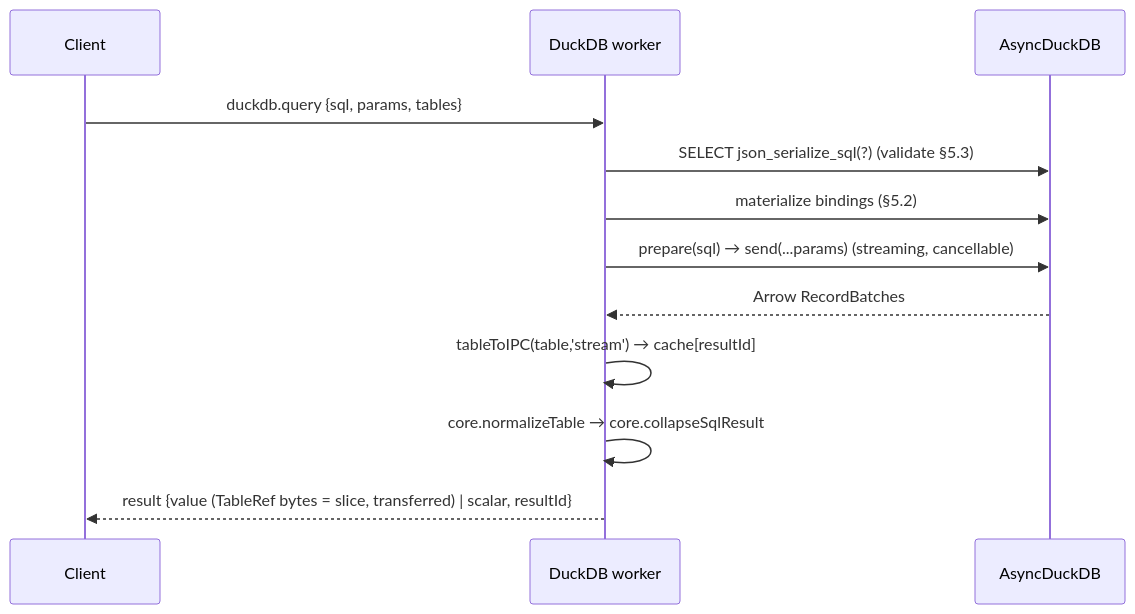
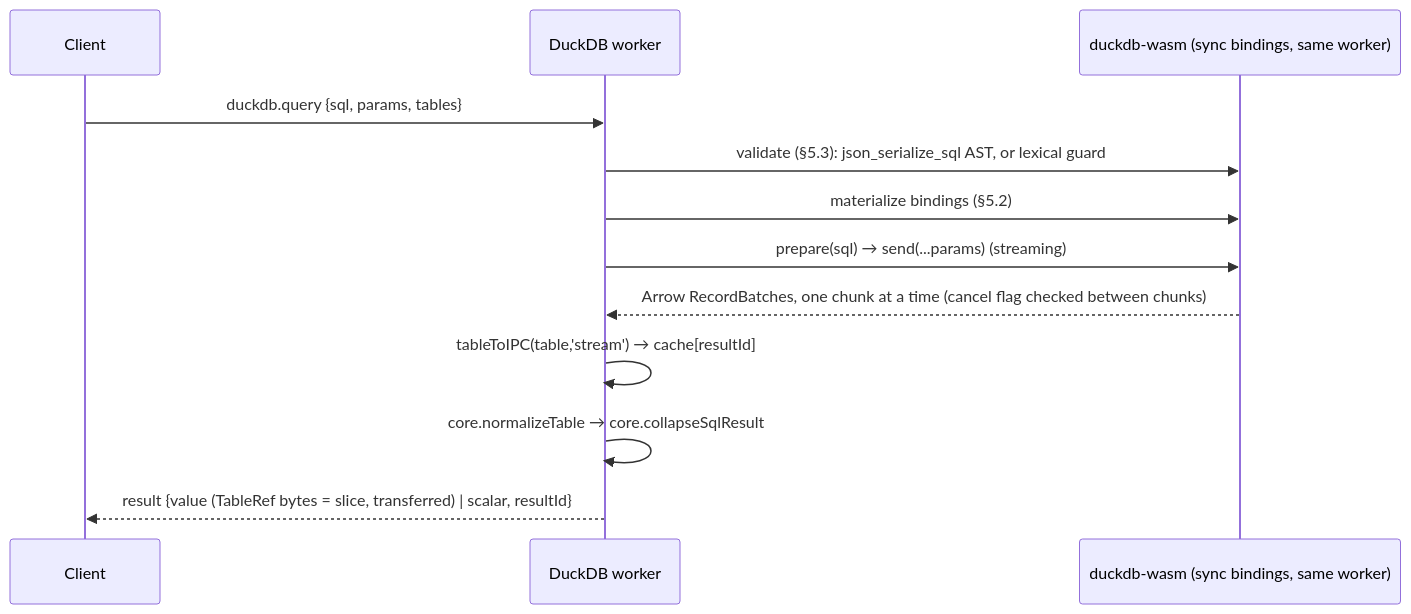
The third of 6 diagrams in .kiro/specs/02-wasm-worker-bridge/design.md (g4stein/SUTURE), drawn with Mermaid before and after one commit. The commit also changed other lines of this file and 17 other files, not shown here.

````diff
--- a/.kiro/specs/02-wasm-worker-bridge/design.md
+++ b/.kiro/specs/02-wasm-worker-bridge/design.md
@@ -314,14 +321,14 @@
 ```mermaid
 sequenceDiagram
   participant C as Client
   participant D as DuckDB worker
-  participant A as AsyncDuckDB
+  participant A as duckdb-wasm (sync bindings, same worker)
   C->>D: duckdb.query {sql, params, tables}
-  D->>A: SELECT json_serialize_sql(?) (validate §5.3)
+  D->>A: validate (§5.3): json_serialize_sql AST, or lexical guard
   D->>A: materialize bindings (§5.2)
-  D->>A: prepare(sql) → send(...params) (streaming, cancellable)
-  A-->>D: Arrow RecordBatches
+  D->>A: prepare(sql) → send(...params) (streaming)
+  A-->>D: Arrow RecordBatches, one chunk at a time (cancel flag checked between chunks)
   D->>D: tableToIPC(table,'stream') → cache[resultId]
   D->>D: core.normalizeTable → core.collapseSqlResult
   D-->>C: result {value (TableRef bytes = slice, transferred) | scalar, resultId}
 ```
````
